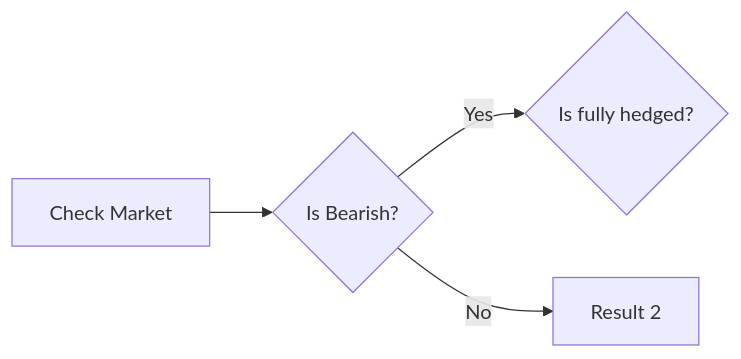
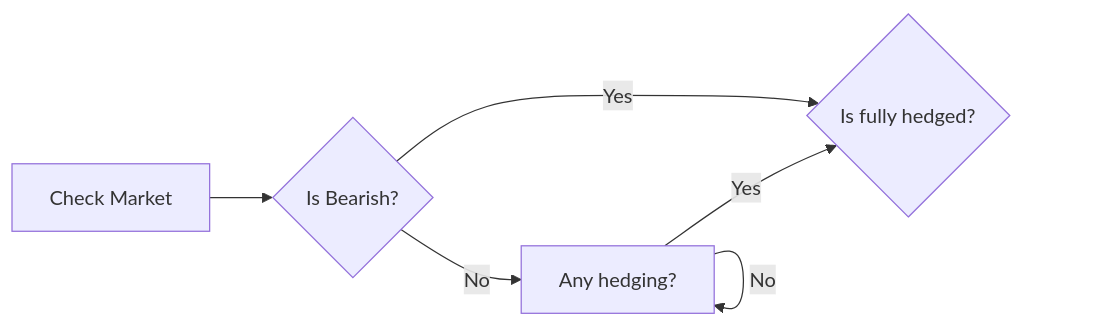
The first of 2 diagrams in strategy_analysis.md (venoajie/MyApp), drawn with Mermaid before and after one commit.

````diff
--- a/strategy_analysis.md
+++ b/strategy_analysis.md
@@ -14,7 +14,9 @@
 ```mermaid
 flowchart LR
 
 A[Check Market] --> B{Is Bearish?}
-B -->|Yes| D{Is fully hedged?}
-B -->|No| E[Result   2]
+B -->|Yes| C{Is fully hedged?}
+B -->|No| D[Any hedging?]
+D -->|Yes| C{Is fully hedged?}
+D -->|No| D[Any hedging?]
 ```
````
